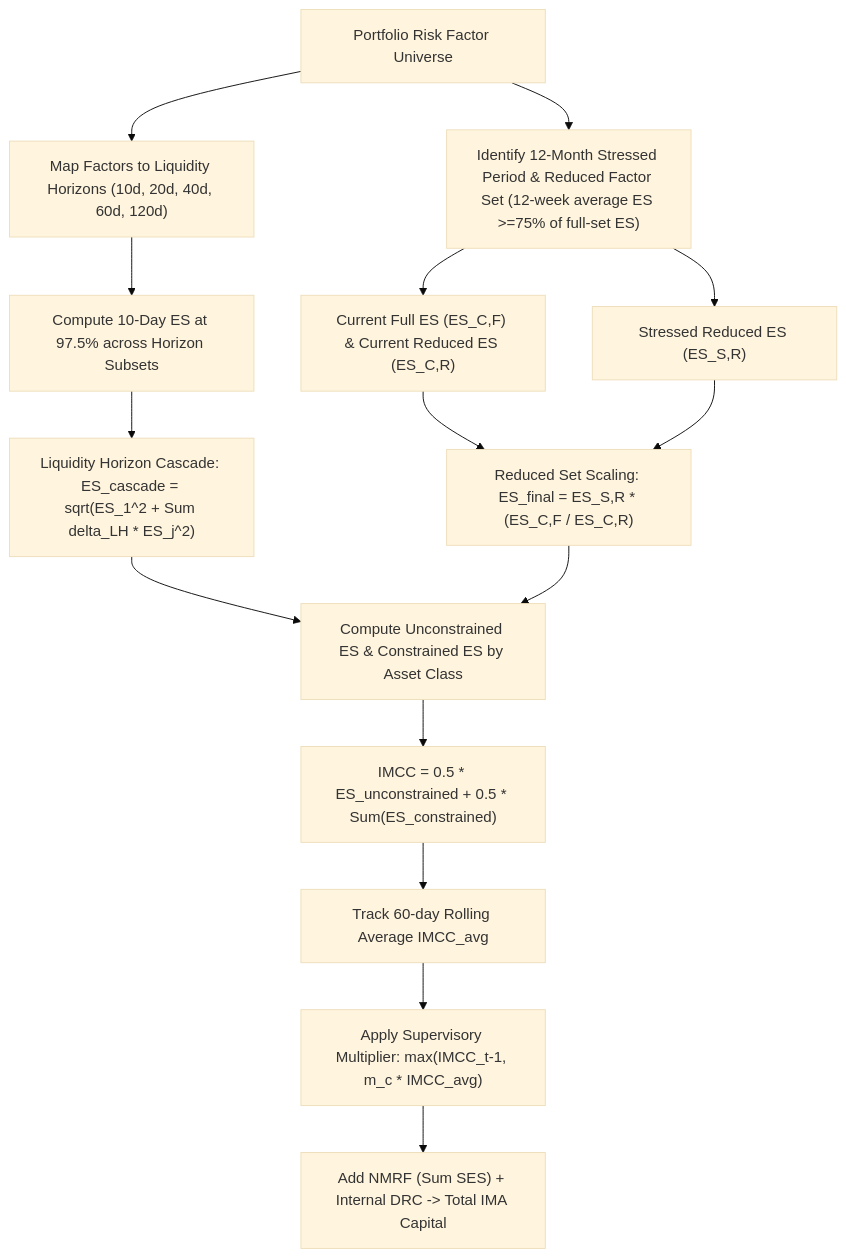
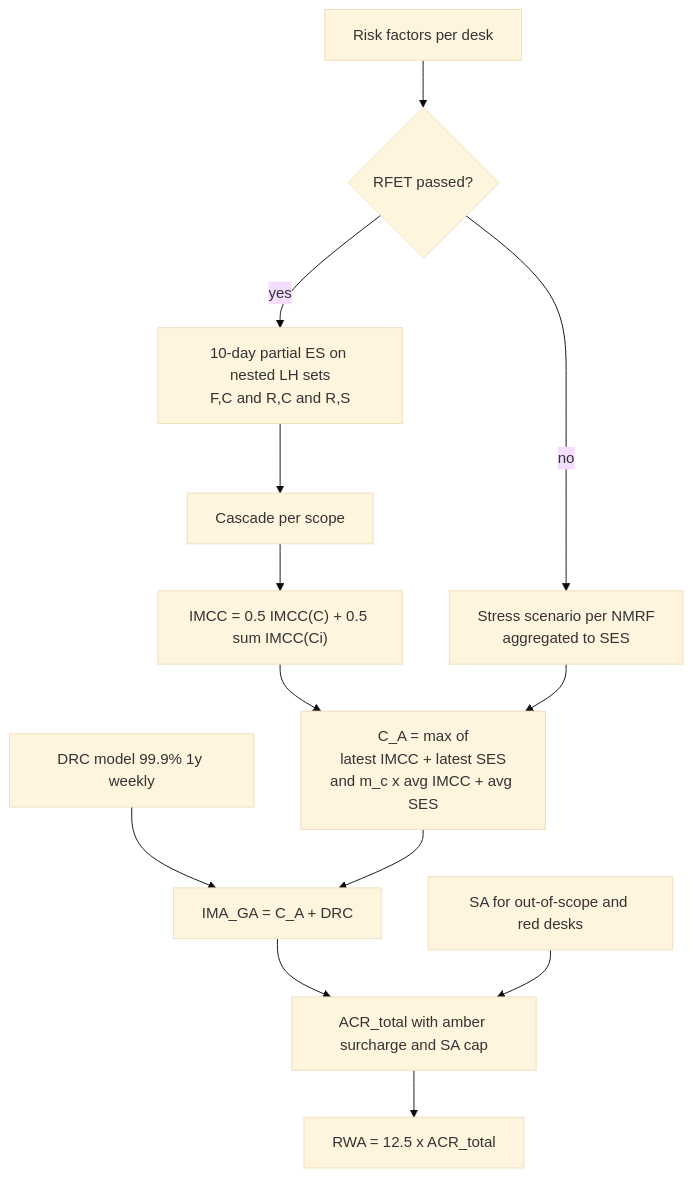
One commit to shreejitverma/The-Quant-Prep changed the second of 2 diagrams in 17-Regulatory-Capital-Basel-and-FRTB/10-FRTB-Internal-Model-Approach-ES.md. Above: the diagram before and after it, drawn with Mermaid (base theme). The commit also changed other lines of this file and 10 other files, not shown here.

````diff
--- a/17-Regulatory-Capital-Basel-and-FRTB/10-FRTB-Internal-Model-Approach-ES.md
+++ b/17-Regulatory-Capital-Basel-and-FRTB/10-FRTB-Internal-Model-Approach-ES.md
@@ -145,19 +193,15 @@
 ```mermaid
 flowchart TD
-    A["Portfolio Risk Factor Universe"] --> B["Map Factors to Liquidity Horizons (10d, 20d, 40d, 60d, 120d)"]
-    A --> C["Identify 12-Month Stressed Period & Reduced Factor Set (12-week average ES >=75% of full-set ES)"]
-    
-    B --> D["Compute 10-Day ES at 97.5% across Horizon Subsets"]
-    D --> E["Liquidity Horizon Cascade: ES_cascade = sqrt(ES_1^2 + Sum delta_LH * ES_j^2)"]
-    
-    C --> F["Current Full ES (ES_C,F) & Current Reduced ES (ES_C,R)"]
-    C --> G["Stressed Reduced ES (ES_S,R)"]
-    F & G --> H["Reduced Set Scaling: ES_final = ES_S,R * (ES_C,F / ES_C,R)"]
-    
-    E & H --> I["Compute Unconstrained ES & Constrained ES by Asset Class"]
-    I --> J["IMCC = 0.5 * ES_unconstrained + 0.5 * Sum(ES_constrained)"]
-    
-    J --> K["Track 60-day Rolling Average IMCC_avg"]
-    K --> L["Apply Supervisory Multiplier: max(IMCC_t-1, m_c * IMCC_avg)"]
-    L --> M["Add NMRF (Sum SES) + Internal DRC -> Total IMA Capital"]
+    RF["Risk factors per desk"] --> RFET{"RFET passed?"}
+    RFET -->|"yes"| ES["10-day partial ES on nested LH sets<br/>F,C and R,C and R,S"]
+    RFET -->|"no"| SES["Stress scenario per NMRF<br/>aggregated to SES"]
+    ES --> CAS["Cascade per scope"]
+    CAS --> IMCC["IMCC = 0.5 IMCC(C) + 0.5 sum IMCC(Ci)"]
+    IMCC --> CA["C_A = max of<br/>latest IMCC + latest SES<br/>and m_c x avg IMCC + avg SES"]
+    SES --> CA
+    DRC["DRC model 99.9% 1y weekly"] --> IMAGA["IMA_GA = C_A + DRC"]
+    CA --> IMAGA
+    IMAGA --> ACR["ACR_total with amber surcharge and SA cap"]
+    CU["SA for out-of-scope and red desks"] --> ACR
+    ACR --> RWA["RWA = 12.5 x ACR_total"]
 ```
````
